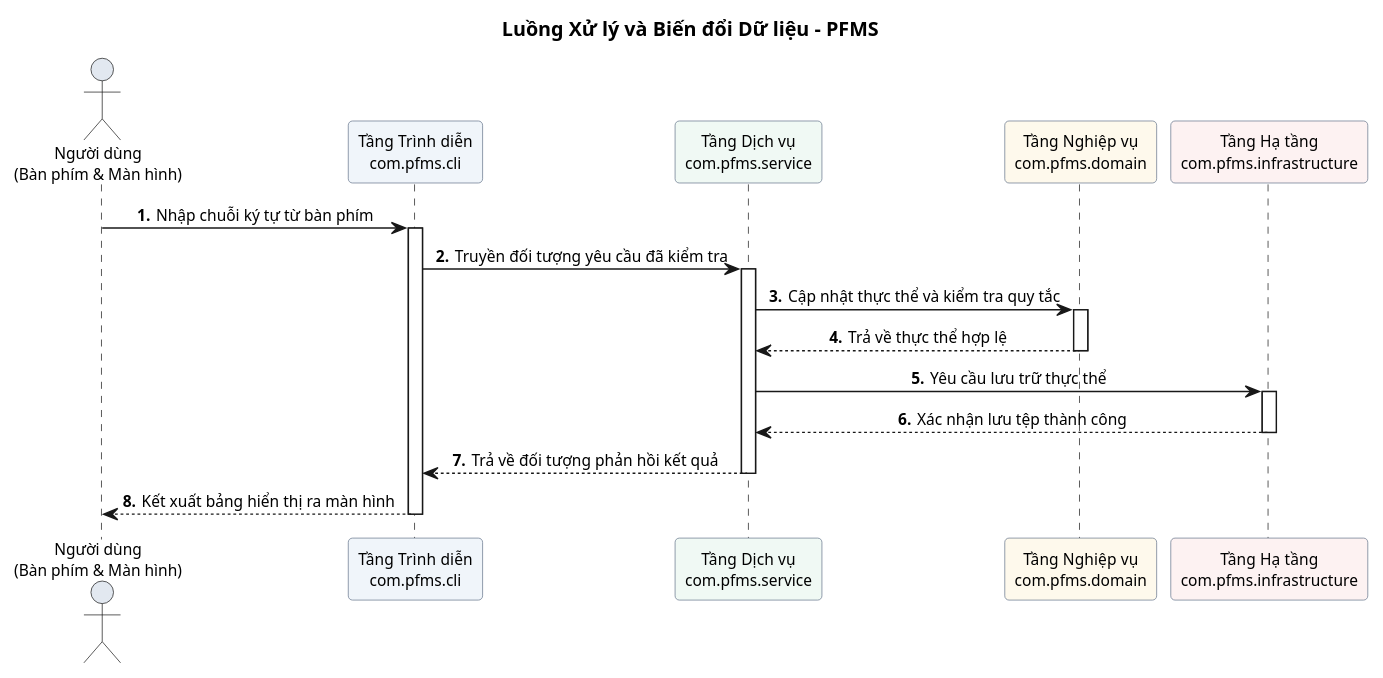
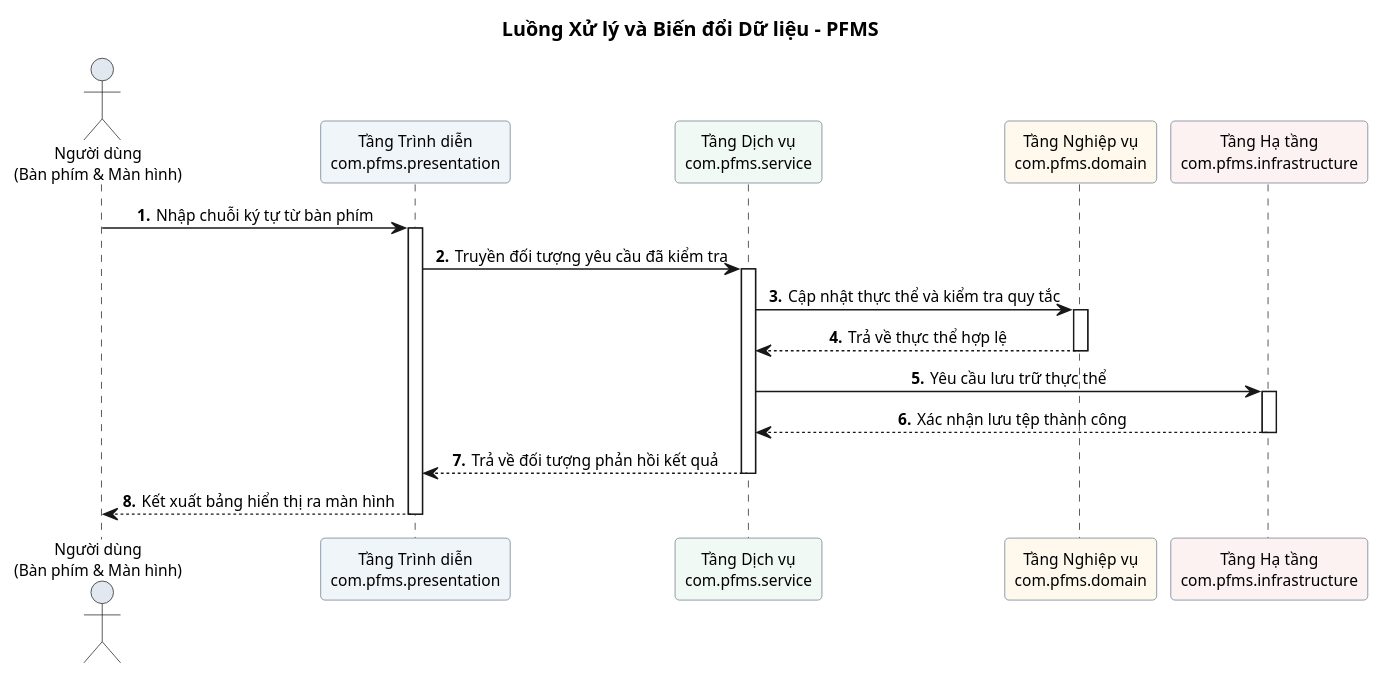
The second of 2 diagrams in docs/object-oriented-design/01-kien-truc-he-thong-va-phan-tang.md (mynhleeh/pfms-oop), drawn with PlantUML before and after one commit. The commit also changed other lines of this file and 6 other files, not shown here.

Commit message:
refactor(ood): rename presentation layer package from cli to presentation

````diff
--- a/docs/object-oriented-design/01-kien-truc-he-thong-va-phan-tang.md
+++ b/docs/object-oriented-design/01-kien-truc-he-thong-va-phan-tang.md
@@ -146,46 +146,46 @@
 ```plantuml
 @startuml
 title Luồng Xử lý và Biến đổi Dữ liệu - PFMS
 
 autonumber 1 "<b>.</b>"
 skinparam defaultFontName "Segoe UI", Arial, sans-serif
 skinparam defaultFontSize 11
 skinparam roundcorner 6
 skinparam shadowing false
 skinparam sequenceMessageAlign center
 
 skinparam participant {
     BorderColor #64748B
     BackgroundColor #F8FAFC
 }
 
 actor "Người dùng\n(Bàn phím & Màn hình)" as USR #E2E8F0
-participant "Tầng Trình diễn\ncom.pfms.cli" as CLI #F0F5FA
+participant "Tầng Trình diễn\ncom.pfms.presentation" as CLI #F0F5FA
 participant "Tầng Dịch vụ\ncom.pfms.service" as SVC #F0F9F4
 participant "Tầng Nghiệp vụ\ncom.pfms.domain" as DOM #FEF9EC
 participant "Tầng Hạ tầng\ncom.pfms.infrastructure" as INF #FDF2F2
 
 USR -> CLI : Nhập chuỗi ký tự từ bàn phím
 activate CLI
 
 CLI -> SVC : Truyền đối tượng yêu cầu đã kiểm tra
 activate SVC
 
 SVC -> DOM : Cập nhật thực thể và kiểm tra quy tắc
 activate DOM
 DOM --> SVC : Trả về thực thể hợp lệ
 deactivate DOM
 
 SVC -> INF : Yêu cầu lưu trữ thực thể
 activate INF
 INF --> SVC : Xác nhận lưu tệp thành công
 deactivate INF
 
 SVC --> CLI : Trả về đối tượng phản hồi kết quả
 deactivate SVC
 
 CLI --> USR : Kết xuất bảng hiển thị ra màn hình
 deactivate CLI
 
 @enduml
 ```
````
